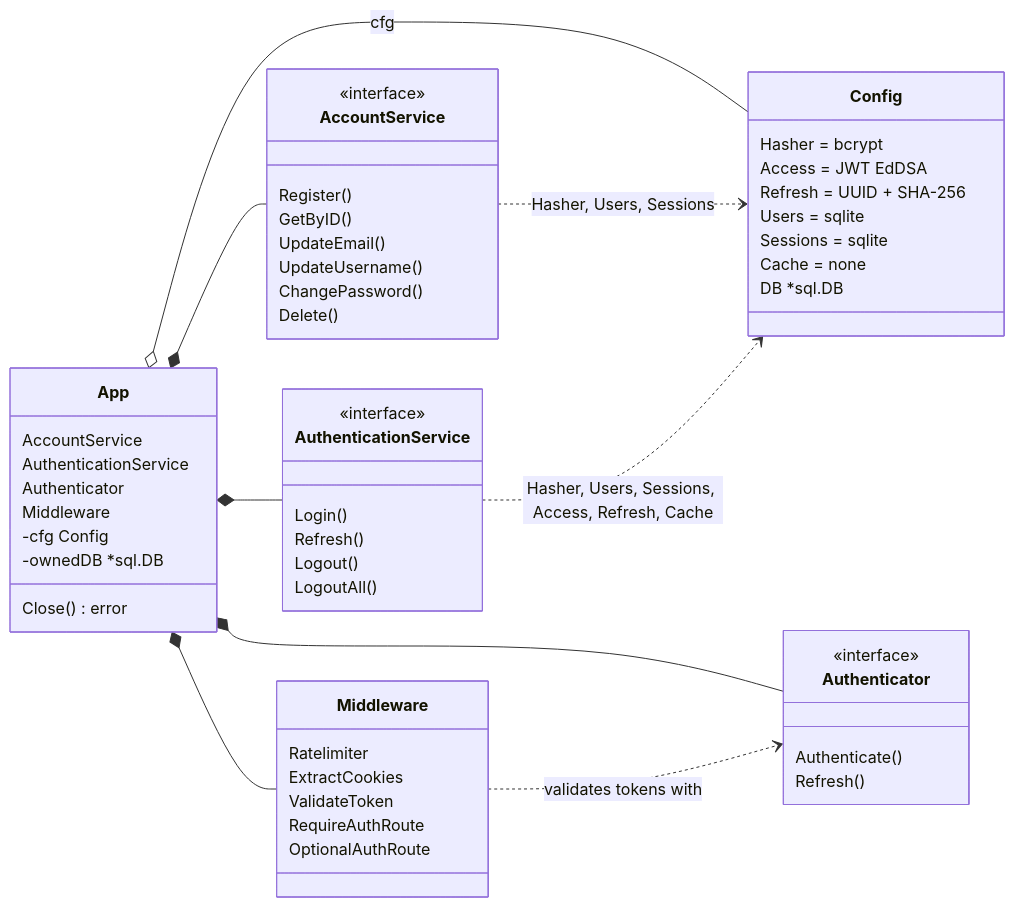
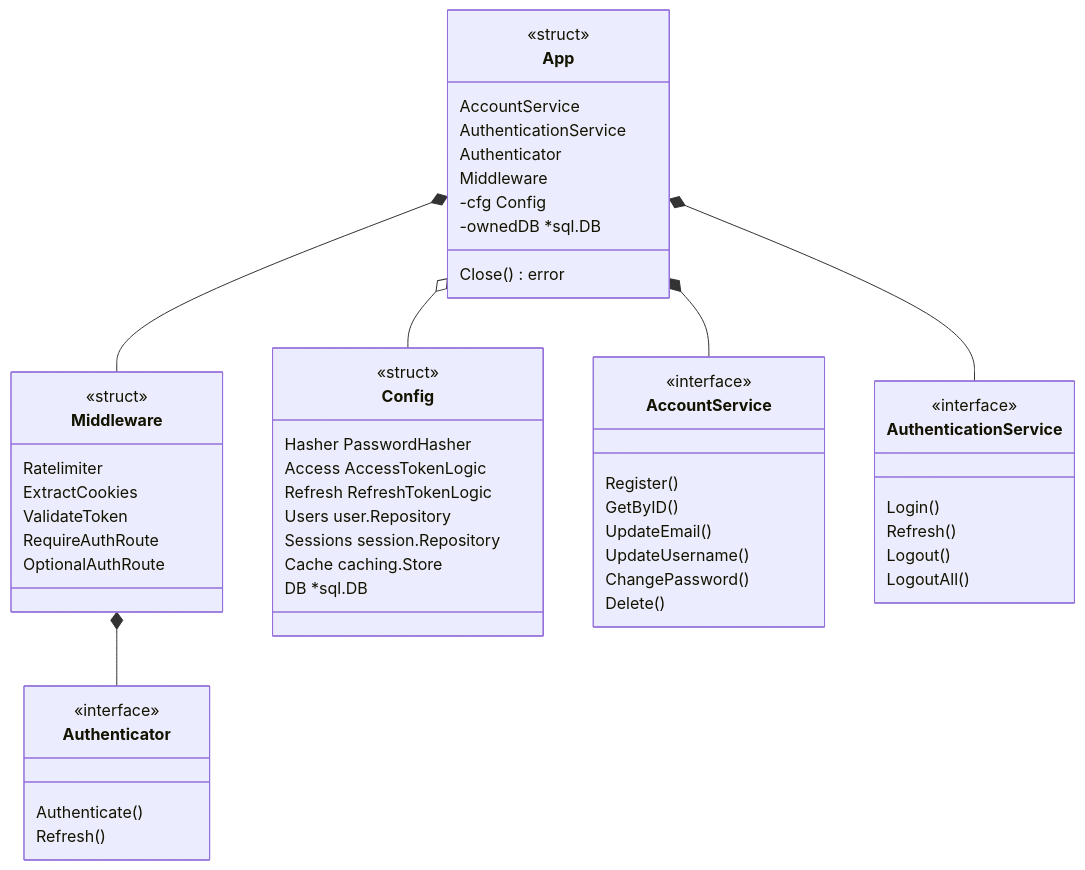
One commit to markusnieminen1/goauth changed the first of 5 diagrams in README.md. Above: the diagram before and after it, drawn with Mermaid. The commit also changed other lines of this file and 1 other file, not shown here.

````diff
--- a/README.md
+++ b/README.md
@@ -83,65 +96,65 @@
 ```mermaid
 classDiagram
-    direction LR
 
     class App {
+        <<struct>>
         AccountService
         AuthenticationService
         Authenticator
         Middleware
         -cfg Config
         -ownedDB *sql.DB
         Close() error
     }
 
-    class Config {
-        Hasher = bcrypt
-        Access = JWT EdDSA
-        Refresh = UUID + SHA-256
-        Users = sqlite
-        Sessions = sqlite
-        Cache = none
-        DB *sql.DB
-    }
-
     class Middleware {
+        <<struct>>
         Ratelimiter
         ExtractCookies
         ValidateToken
         RequireAuthRoute
         OptionalAuthRoute
+    }
+
+    class Config {
+        <<struct>>
+        Hasher PasswordHasher
+        Access AccessTokenLogic
+        Refresh RefreshTokenLogic
+        Users user.Repository
+        Sessions session.Repository
+        Cache caching.Store
+        DB *sql.DB
     }
 
     class AccountService {
         <<interface>>
         Register()
         GetByID()
         UpdateEmail()
         UpdateUsername()
         ChangePassword()
         Delete()
     }
 
     class AuthenticationService {
         <<interface>>
         Login()
         Refresh()
         Logout()
         LogoutAll()
     }
 
     class Authenticator {
         <<interface>>
         Authenticate()
         Refresh()
     }
 
     App *-- AccountService
     App *-- AuthenticationService
-    App *-- Authenticator
     App *-- Middleware
-    App o-- Config : cfg
-    Middleware ..> Authenticator : validates tokens with
-    AccountService ..> Config : Hasher, Users, Sessions
-    AuthenticationService ..> Config : Hasher, Users, Sessions, Access, Refresh, Cache
+    App o-- Config
+    Middleware *--Authenticator
+
 ```
````
